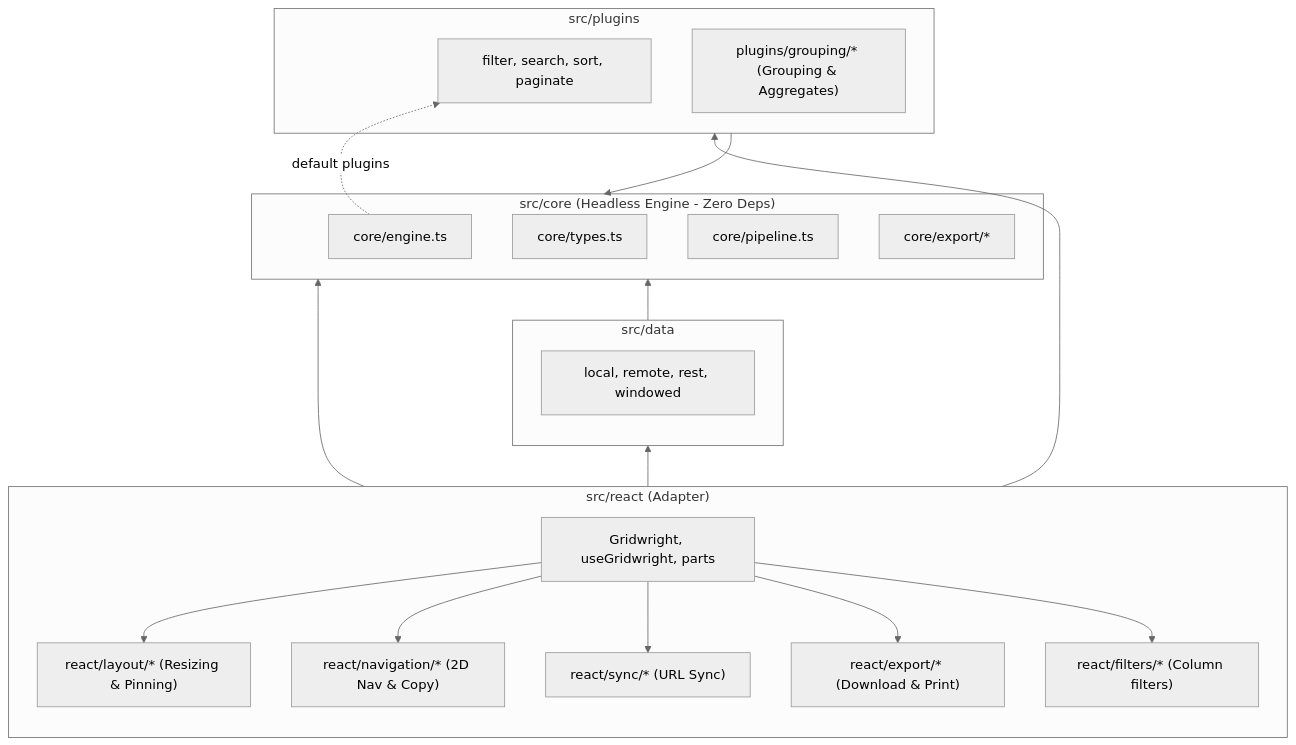
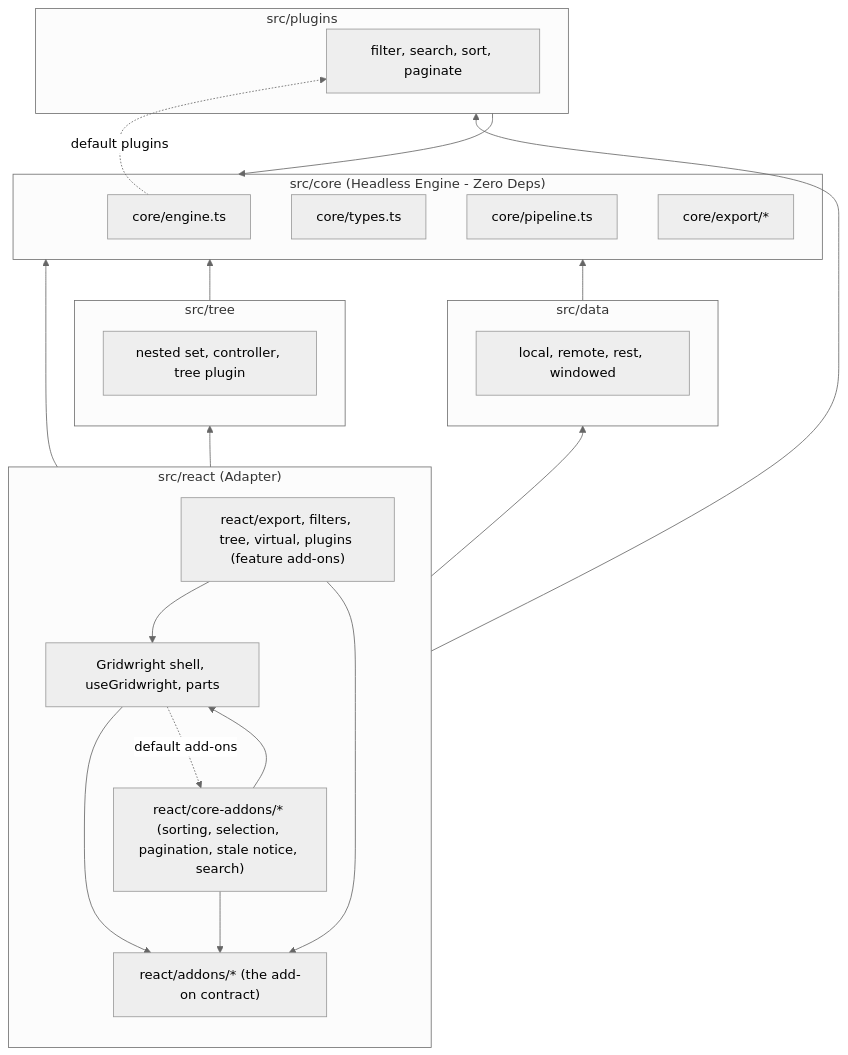
One commit to yaotzin1/apsw-gridwright changed the first of 2 diagrams in specs/DEPENDENCY_MAP.md. Above: the diagram before and after it, drawn with Mermaid (neutral theme). The commit also changed other lines of this file and 172 other files, not shown here.

````diff
--- a/specs/DEPENDENCY_MAP.md
+++ b/specs/DEPENDENCY_MAP.md
@@ -7,36 +7,44 @@
 ```mermaid
 graph BT
     subgraph ReactLayer["src/react (Adapter)"]
-        Gridwright["Gridwright, useGridwright, parts"]
-        LayoutMod["react/layout/* (Resizing & Pinning)"]
-        NavMod["react/navigation/* (2D Nav & Copy)"]
-        SyncMod["react/sync/* (URL Sync)"]
-        ExportMod["react/export/* (Download & Print)"]
-        FilterMod["react/filters/* (Column filters)"]
-        
-        Gridwright --> LayoutMod & NavMod & SyncMod & ExportMod & FilterMod
+        Shell["Gridwright shell, useGridwright, parts"]
+        Contract["react/addons/* (the add-on contract)"]
+        CoreAddons["react/core-addons/* (sorting, selection, pagination, stale notice, search)"]
+        FeatureAddons["react/export, filters, tree, virtual, plugins (feature add-ons)"]
+
+        Shell --> Contract
+        Shell -. "default add-ons" .-> CoreAddons
+        CoreAddons --> Contract
+        FeatureAddons --> Contract
+        CoreAddons --> Shell
+        FeatureAddons --> Shell
     end
 
     subgraph PluginsLayer["src/plugins"]
         BuiltinPlugins["filter, search, sort, paginate"]
-        GroupingPlugin["plugins/grouping/* (Grouping & Aggregates)"]
+    end
+
+    subgraph TreeLayer["src/tree"]
+        TreeCore["nested set, controller, tree plugin"]
     end
 
     subgraph DataLayer["src/data"]
         DataSources["local, remote, rest, windowed"]
     end
 
     subgraph CoreLayer["src/core (Headless Engine - Zero Deps)"]
         Engine["core/engine.ts"]
         CoreTypes["core/types.ts"]
         Pipeline["core/pipeline.ts"]
         CoreExport["core/export/*"]
     end
 
     ReactLayer --> CoreLayer
     PluginsLayer --> CoreLayer
+    TreeLayer --> CoreLayer
     DataLayer --> CoreLayer
     ReactLayer --> PluginsLayer
+    ReactLayer --> TreeLayer
     ReactLayer --> DataLayer
     Engine -. "default plugins" .-> BuiltinPlugins
 ```
````
